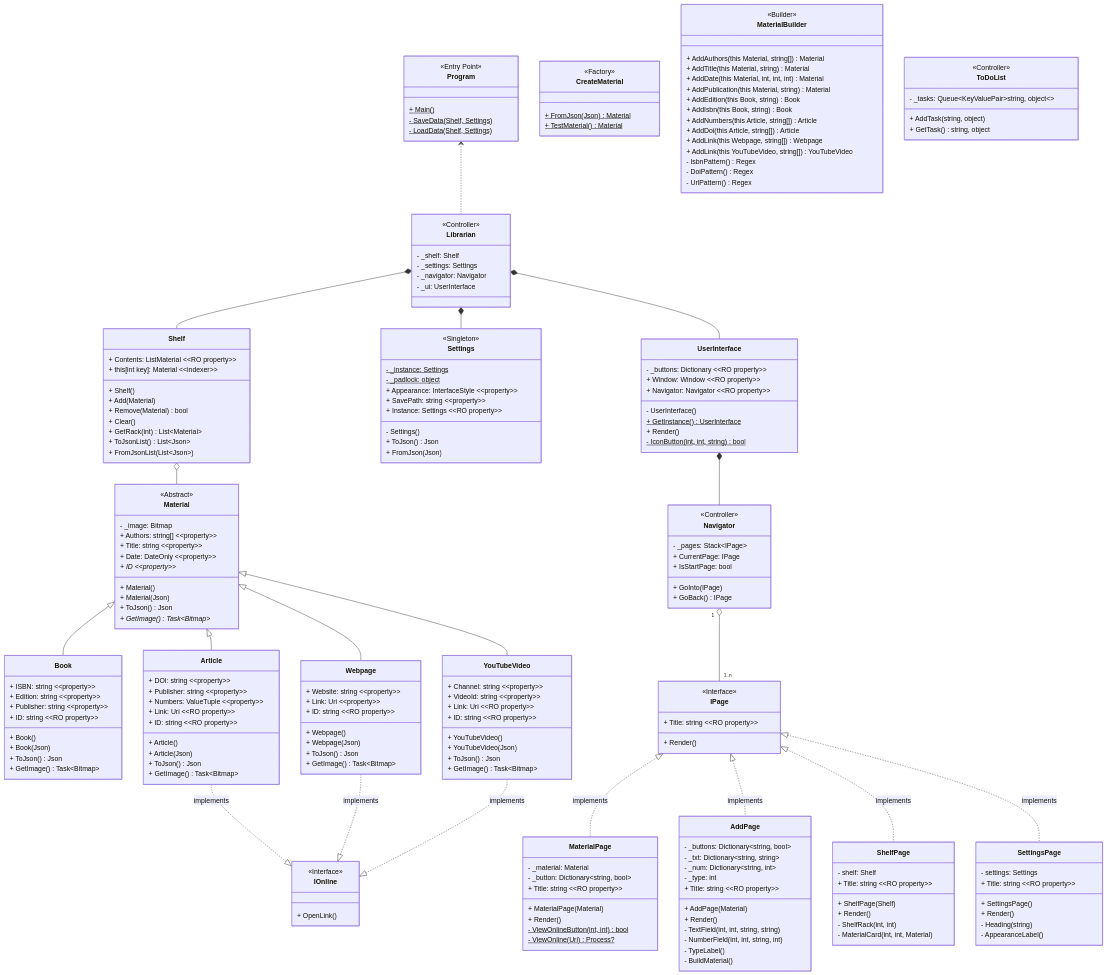
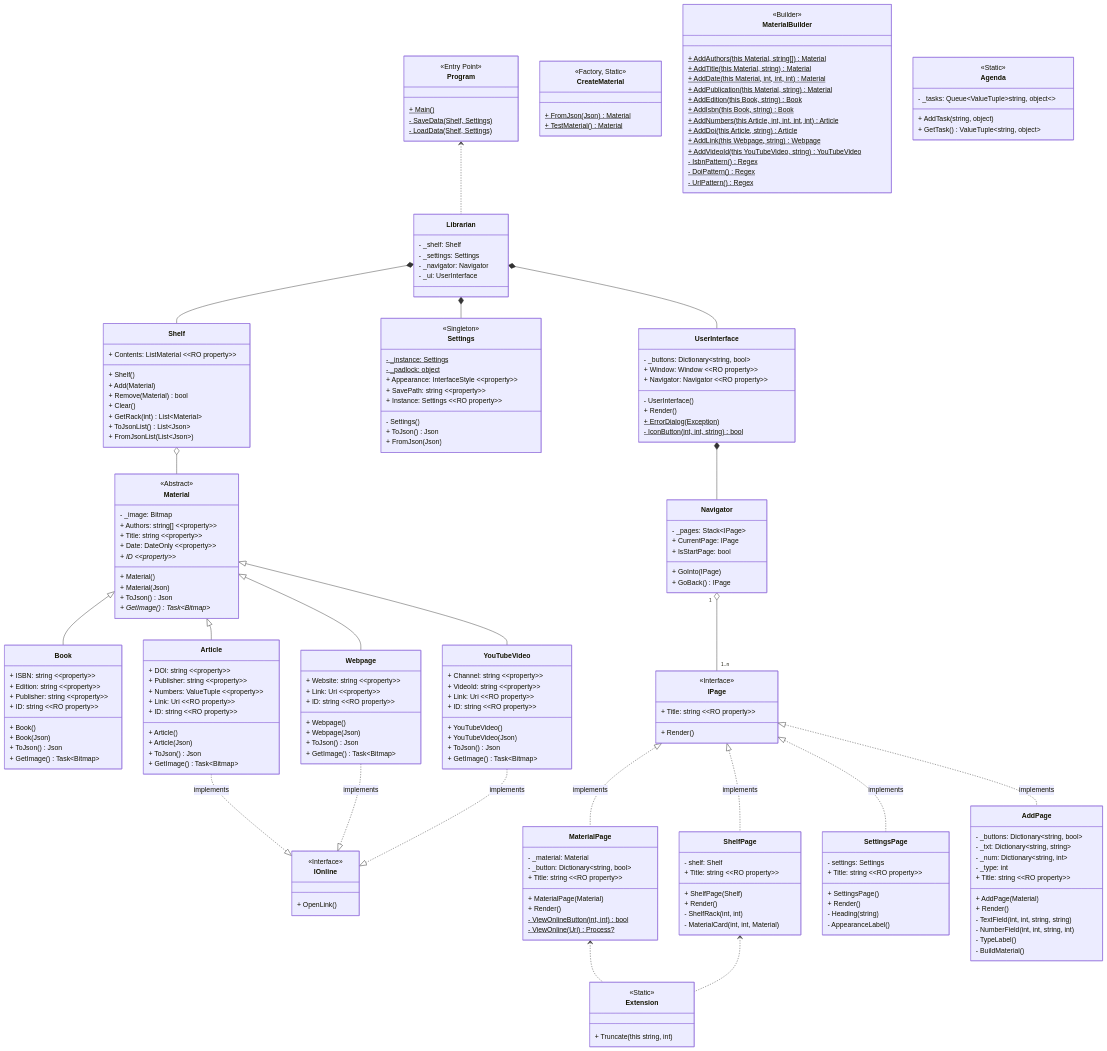
Before and after one commit to TuritoYuenan/personal-library: the diagram in Class Diagram.md, drawn with Mermaid. The commit also changed 9 other files, not shown here.

Commit message:
some minor changes - Update UML Class Diagram - Rename ToDoList to Agenda - Convert TestMaterial to property - Strip old code from YouTubeVideo.ToJson() - AddPage to use UserInterface.ErrorDialog()

````diff
--- a/Class Diagram.md
+++ b/Class Diagram.md
@@ -21,11 +21,14 @@
 YouTubeVideo ..|> IOnline: implements
 
 UserInterface *-- Navigator
+Navigator "1" o-- "1..n" IPage
 IPage <|.. MaterialPage: implements
-IPage <|.. AddPage: implements
-Navigator "1" o-- "1..n" IPage
 IPage <|.. ShelfPage: implements
 IPage <|.. SettingsPage: implements
+IPage <|.. AddPage: implements
+
+MaterialPage <.. Extension
+ShelfPage <.. Extension
 
 class Program {
 	<<Entry Point>>
@@ -41,25 +44,25 @@
 	+ OpenLink()
 }
 class CreateMaterial {
-	<<Factory>>
+	<<Factory, Static>>
 	+ FromJson(Json)$ Material
 	+ TestMaterial()$ Material
 }
 class MaterialBuilder {
 	<<Builder>>
-	+ AddAuthors(this Material, string[]) Material
-	+ AddTitle(this Material, string) Material
-	+ AddDate(this Material, int, int, int) Material
-	+ AddPublication(this Material, string) Material
-	+ AddEdition(this Book, string) Book
-	+ AddIsbn(this Book, string) Book
-	+ AddNumbers(this Article, string[]) Article
-	+ AddDoi(this Article, string[]) Article
-	+ AddLink(this Webpage, string[]) Webpage
-	+ AddLink(this YouTubeVideo, string[]) YouTubeVideo
-	- IsbnPattern() Regex
-	- DoiPattern() Regex
-	- UrlPattern() Regex
+	+ AddAuthors(this Material, string[])$ Material
+	+ AddTitle(this Material, string)$ Material
+	+ AddDate(this Material, int, int, int)$ Material
+	+ AddPublication(this Material, string)$ Material
+	+ AddEdition(this Book, string)$ Book
+	+ AddIsbn(this Book, string)$ Book
+	+ AddNumbers(this Article, int, int, int, int)$ Article
+	+ AddDoi(this Article, string)$ Article
+	+ AddLink(this Webpage, string)$ Webpage
+	+ AddVideoId(this YouTubeVideo, string)$ YouTubeVideo
+	- IsbnPattern()$ Regex
+	- DoiPattern()$ Regex
+	- UrlPattern()$ Regex
 }
 class Settings {
 	<<Singleton>>
@@ -74,7 +77,6 @@
 }
 class Shelf {
 	+ Contents: ListMaterial ~~RO property~~
-	+ this[int key]: Material ~~indexer~~
 	+ Shelf()
 	+ Add(Material)
 	+ Remove(Material) bool
@@ -138,12 +140,12 @@
 %% Views
 
 class UserInterface {
-	- _buttons: Dictionary ~~RO property~~
+	- _buttons: Dictionary~string, bool~
 	+ Window: Window ~~RO property~~
 	+ Navigator: Navigator ~~RO property~~
 	- UserInterface()
-	+ GetInstance() UserInterface$
 	+ Render()
+	+ ErrorDialog(Exception)$
 	- IconButton(int, int, string)$ bool
 }
 class IPage {
@@ -189,28 +191,30 @@
 	- ShelfRack(int, int)
 	- MaterialCard(int, int, Material)
 }
+class Extension {
+	<<Static>>
+	+ Truncate(this string, int)
+}
 
 %% Controllers
 
 class Librarian {
-	<<Controller>>
 	- _shelf: Shelf
 	- _settings: Settings
 	- _navigator: Navigator
 	- _ui: UserInterface
 }
 class Navigator {
-	<<Controller>>
 	- _pages: Stack~IPage~
 	+ CurrentPage: IPage
 	+ IsStartPage: bool
 	+ GoInto(IPage)
 	+ GoBack() IPage
 }
-class ToDoList {
-	<<Controller>>
-	- _tasks: Queue~KeyValuePair~string, object~~
+class Agenda {
+	<<Static>>
+	- _tasks: Queue~ValueTuple~string, object~~
 	+ AddTask(string, object)
-	+ GetTask() string, object
+	+ GetTask() ValueTuple~string, object~
 }
 ```
````
